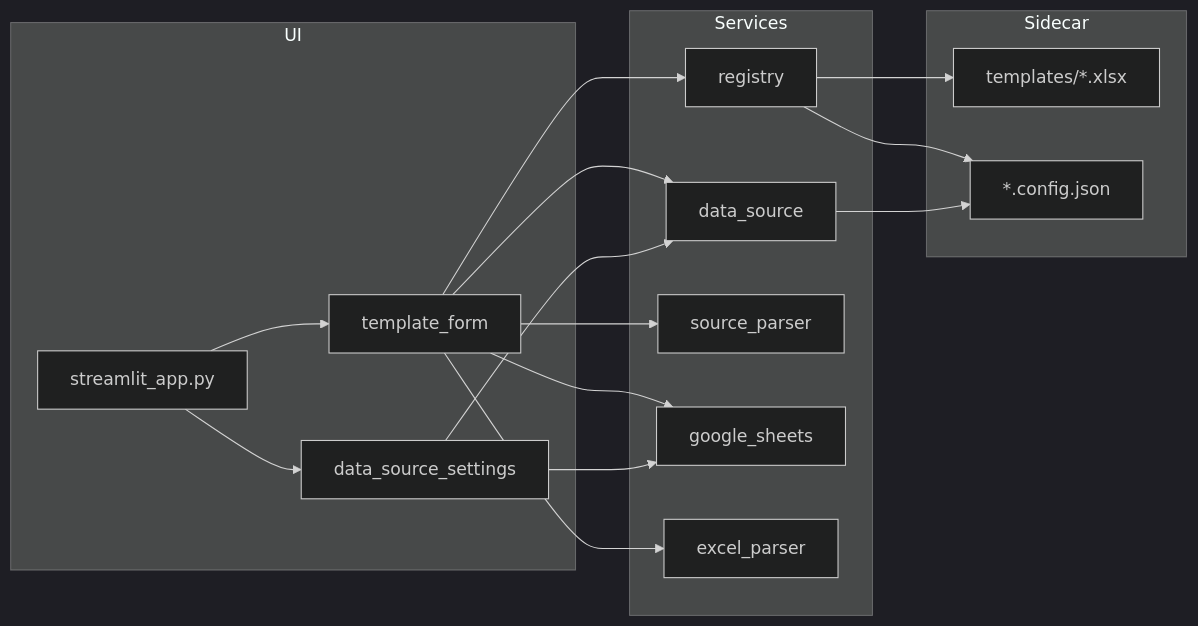
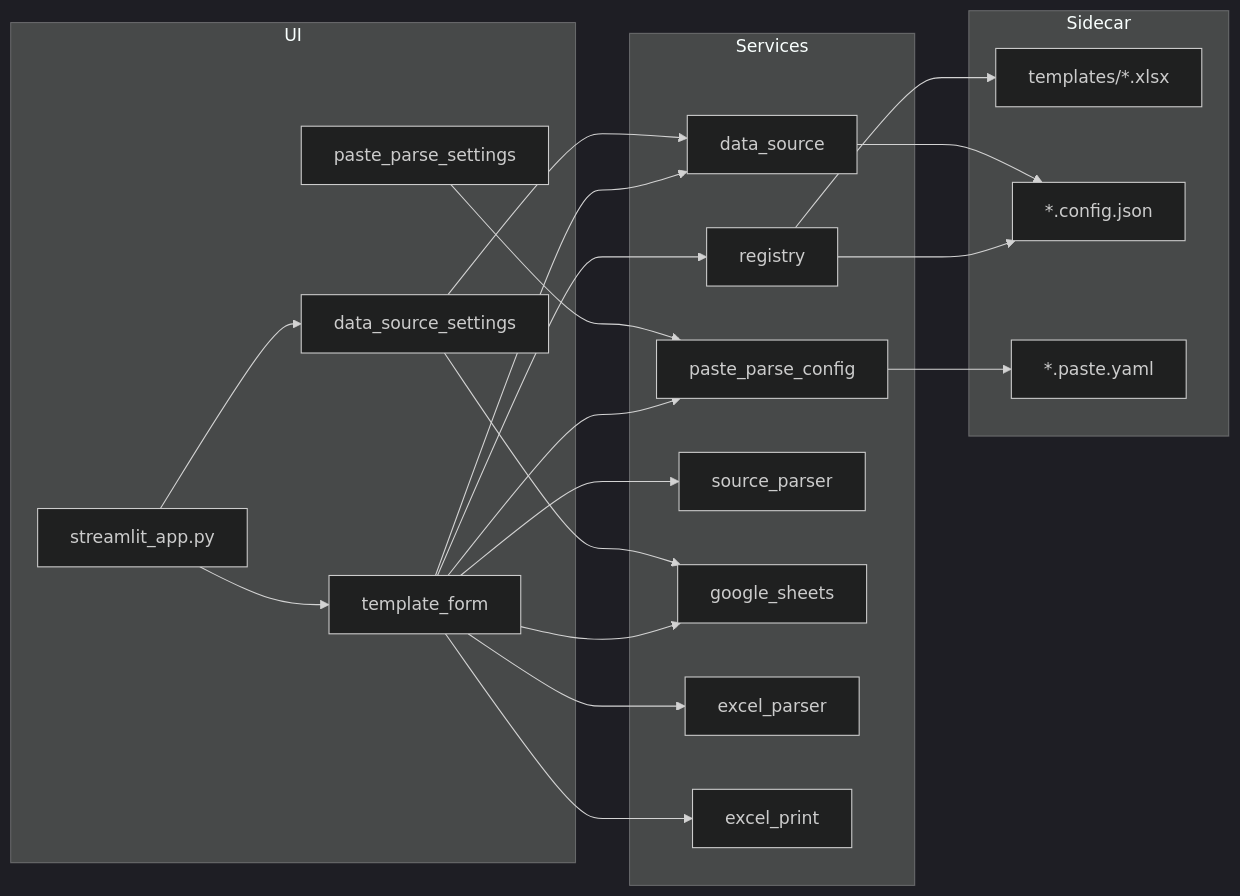
One commit to gostnort/excel-template-viz changed the diagram in plans/CODEGRAPH_OVERVIEW.md. Above: the diagram before and after it, drawn with Mermaid (dark theme). The commit also changed other lines of this file and 51 other files, not shown here.

````diff
--- a/plans/CODEGRAPH_OVERVIEW.md
+++ b/plans/CODEGRAPH_OVERVIEW.md
@@ -51,31 +60,39 @@
 ```mermaid
 flowchart LR
     subgraph UI
         A[streamlit_app.py]
         B[template_form]
         C[data_source_settings]
+        P[paste_parse_settings]
     end
     subgraph Sidecar
         T["templates/*.xlsx"]
         J["*.config.json"]
+        Y["*.paste.yaml"]
     end
     subgraph Services
         R[registry]
         DS[data_source]
+        PPC[paste_parse_config]
         SP[source_parser]
         GS[google_sheets]
         EP[excel_parser]
+        EX[excel_print]
     end
     A --> B
     A --> C
     B --> R
     B --> DS
+    B --> PPC
     B --> SP
     B --> GS
     B --> EP
+    B --> EX
+    P --> PPC
     C --> DS
     C --> GS
     R --> T
     R --> J
+    PPC --> Y
     DS --> J
 ```
````
